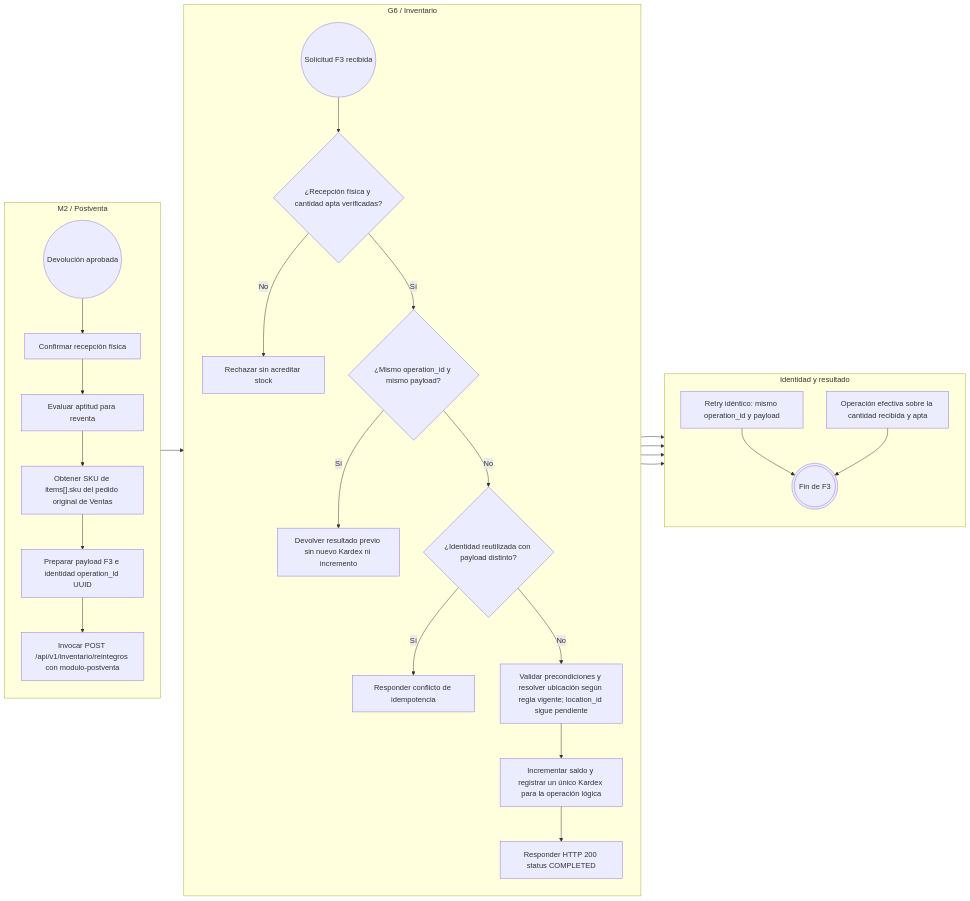
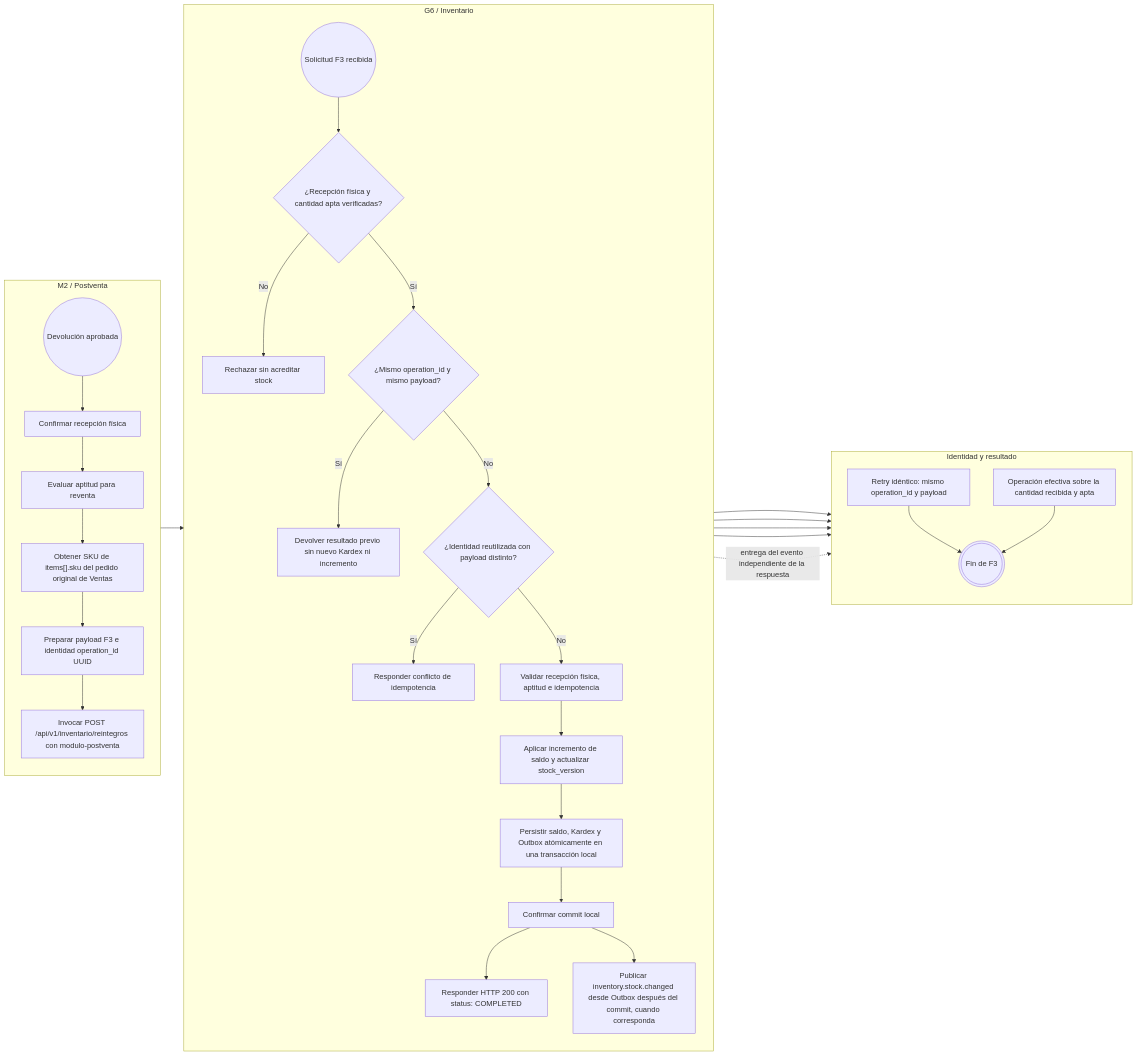
Before and after one commit to Taller-SW-Web/G6-Productos-Ofertas-docs: the seventh of 13 diagrams in requisitos/flujos/FLOW-015-control-stock-disponibilidad.md, drawn with Mermaid. The commit also changed other lines of this file and 2 other files, not shown here.

Commit message:
docs(inventory): correct G5 actor ownership and F3 flow invariants

````diff
--- a/requisitos/flujos/FLOW-015-control-stock-disponibilidad.md
+++ b/requisitos/flujos/FLOW-015-control-stock-disponibilidad.md
@@ -377,42 +377,48 @@
 ```mermaid
 flowchart LR
     subgraph PV["M2 / Postventa"]
         direction TB
         INICIO((Devolución aprobada))
         A1["Confirmar recepción física"]
         A2["Evaluar aptitud para reventa"]
         A3["Obtener SKU de items[].sku del pedido original de Ventas"]
         A4["Preparar payload F3 e identidad operation_id UUID"]
         A5["Invocar POST /api/v1/inventario/reintegros con modulo-postventa"]
     end
 
     subgraph INV["G6 / Inventario"]
         direction TB
         E1(("Solicitud F3 recibida"))
         D1{"¿Recepción física y cantidad apta verificadas?"}
         R1["Rechazar sin acreditar stock"]
         D2{"¿Mismo operation_id y mismo payload?"}
         R2["Devolver resultado previo sin nuevo Kardex ni incremento"]
         D3{"¿Identidad reutilizada con payload distinto?"}
         R3["Responder conflicto de idempotencia"]
-        A6["Validar precondiciones y resolver ubicación según regla vigente; location_id sigue pendiente"]
-        A7["Incrementar saldo y registrar un único Kardex para la operación lógica"]
-        A8["Responder HTTP 200 status COMPLETED"]
+        A6["Validar recepción física, aptitud e idempotencia"]
+        A7["Aplicar incremento de saldo y actualizar stock_version"]
+        A8["Persistir saldo, Kardex y Outbox atómicamente en una transacción local"]
+        A9["Confirmar commit local"]
+        A10["Responder HTTP 200 con status: COMPLETED"]
+        A11["Publicar inventory.stock.changed desde Outbox después del commit, cuando corresponda"]
     end
 
     subgraph RES["Identidad y resultado"]
         direction TB
         B1["Retry idéntico: mismo operation_id y payload"]
         B2["Operación efectiva sobre la cantidad recibida y apta"]
         FIN(((Fin de F3)))
     end
 
     INICIO --> A1 --> A2 --> A3 --> A4 --> A5 --> E1
     E1 --> D1
     D1 -->|"No"| R1 --> FIN
     D1 -->|"Sí"| D2
     D2 -->|"Sí"| R2 --> B1 --> FIN
     D2 -->|"No"| D3
     D3 -->|"Sí"| R3 --> FIN
-    D3 -->|"No"| A6 --> A7 --> A8 --> B2 --> FIN
+    D3 -->|"No"| A6 --> A7 --> A8 --> A9
+    A9 --> A10 --> B2 --> FIN
+    A9 --> A11
+    A11 -. entrega del evento independiente de la respuesta .-> FIN
 ```
````
